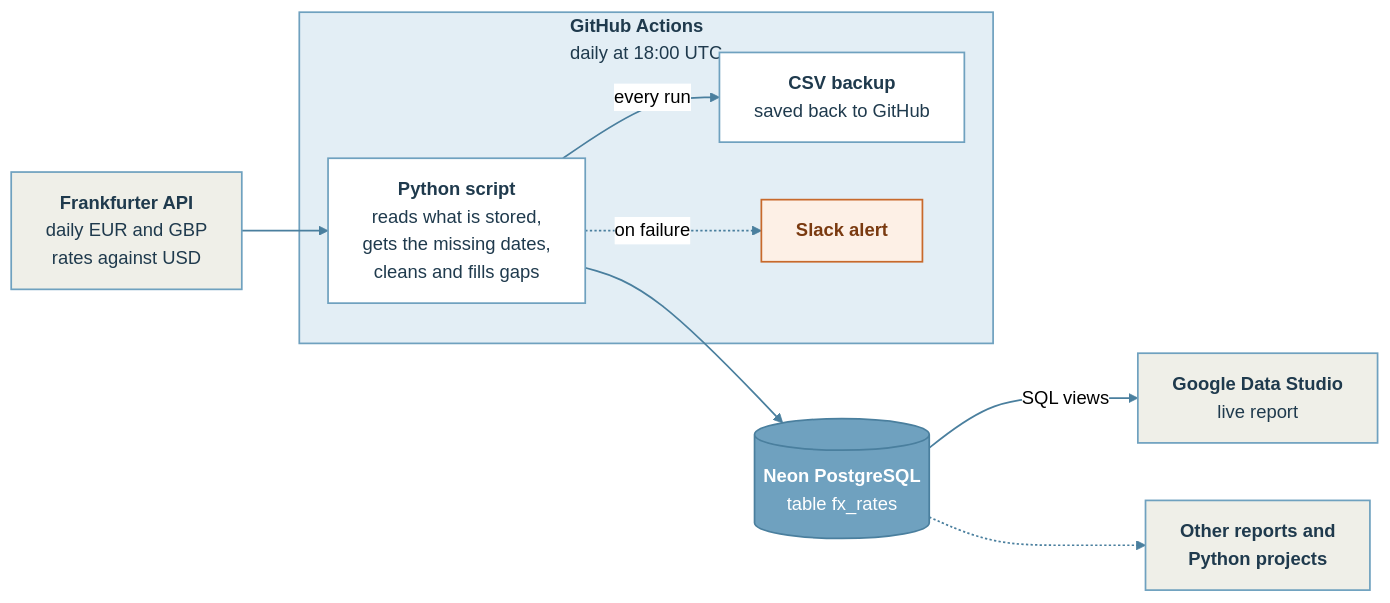
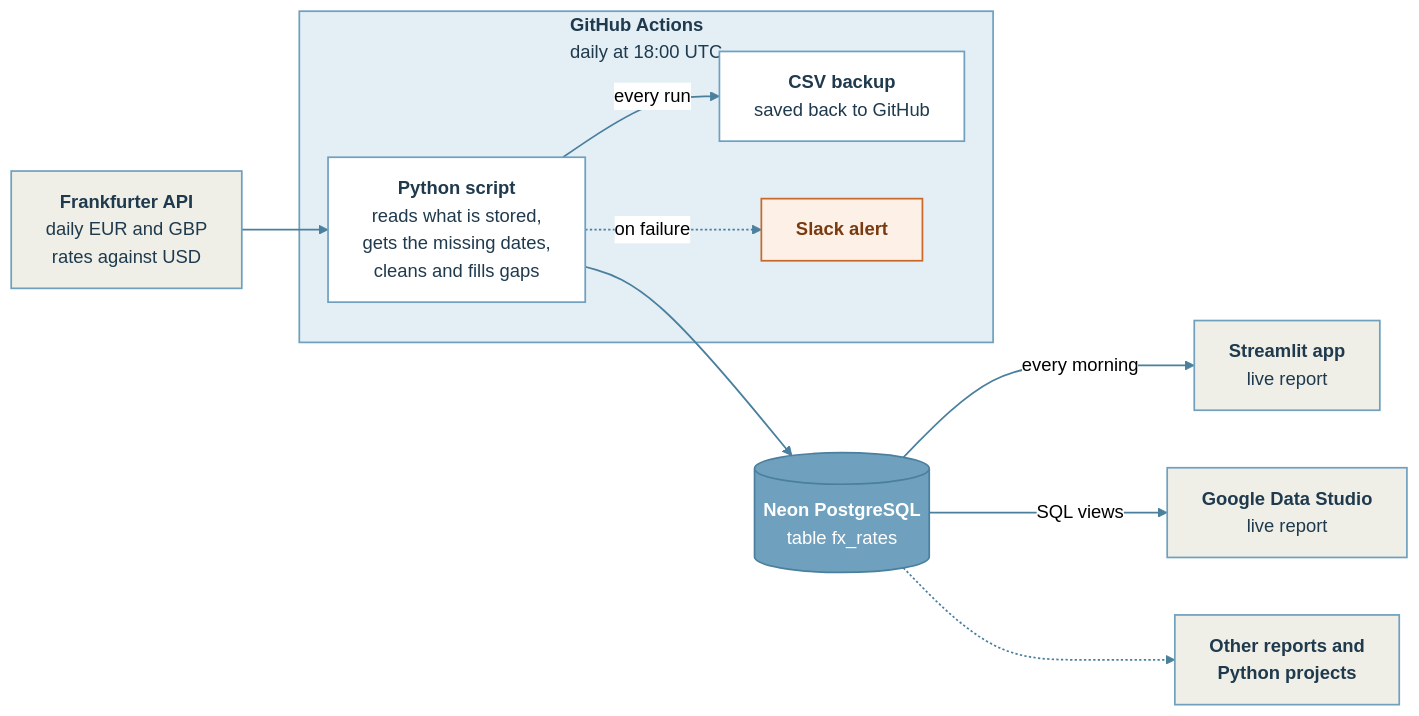
Before and after one commit to sgarciapuga/Work_Portfolio: the diagram in daily-fx-rates/report.qmd, drawn with Mermaid (neutral theme). The commit also changed other lines of this file and 12 other files, not shown here.

First line of the commit message:
Daily FX Rates: link the Streamlit app across the portfolio

````diff
--- a/daily-fx-rates/report.qmd
+++ b/daily-fx-rates/report.qmd
@@ -43,27 +44,28 @@
 ```{mermaid}
-%%| fig-cap: "End-to-end flow: get rates, clean and fill gaps, save the CSV backup, update the database, refresh the report."
-%%| fig-alt: "The Frankfurter API feeds a Python script that runs in GitHub Actions every day at 18:00 UTC or by hand. On every run the script saves a CSV backup back to GitHub, and on failure it sends a Slack alert. The script upserts rates into the fx_rates table in Neon PostgreSQL, which Google Data Studio reads through SQL views. Other reports and Python projects can read the same table."
+%%| fig-cap: "End-to-end flow: get rates, clean and fill gaps, save the CSV backup, update the database, refresh the reports."
+%%| fig-alt: "The Frankfurter API feeds a Python script that runs in GitHub Actions every day at 18:00 UTC or by hand. On every run the script saves a CSV backup back to GitHub, and on failure it sends a Slack alert. The script upserts rates into the fx_rates table in Neon PostgreSQL. A Streamlit app reads the table every morning, and Google Data Studio reads it through SQL views. Other reports and Python projects can read the same table."
 flowchart LR
   API["<b>Frankfurter API</b><br/>daily EUR and GBP<br/>rates against USD"] --> PY
 
   subgraph GHA["<b>GitHub Actions</b><br/>daily at 18:00 UTC"]
     PY["<b>Python script</b><br/>reads what is stored,<br/>gets the missing dates,<br/>cleans and fills gaps"]
     PY -->|every run| CSV["<b>CSV backup</b><br/>saved back to GitHub"]
     PY -.->|on failure| SLACK["<b>Slack alert</b>"]
   end
 
   PY --> DB[("<b>Neon PostgreSQL</b><br/>table fx_rates")]
+  DB -->|every morning| ST["<b>Streamlit app</b><br/>live report"]
   DB -->|SQL views| DS["<b>Google Data Studio</b><br/>live report"]
   DB -.-> OTHER["<b>Other reports and</b><br/><b>Python projects</b>"]
 
   classDef ext fill:#EFEFE8,stroke:#6FA1BF,stroke-width:1.5px,color:#1F3A4D
   classDef job fill:#FFFFFF,stroke:#6FA1BF,stroke-width:1.5px,color:#1F3A4D
   classDef store fill:#6FA1BF,stroke:#4A7F9E,stroke-width:1.5px,color:#FFFFFF
   classDef alert fill:#FDF0E6,stroke:#C8692B,stroke-width:1.5px,color:#7A3A10
-  class API,DS,OTHER ext
+  class API,ST,DS,OTHER ext
   class PY,CSV job
   class DB store
   class SLACK alert
   style GHA fill:#E3EEF5,stroke:#6FA1BF,stroke-width:1.5px,color:#1F3A4D
   linkStyle default stroke:#4A7F9E,stroke-width:1.5px
 ```
````
